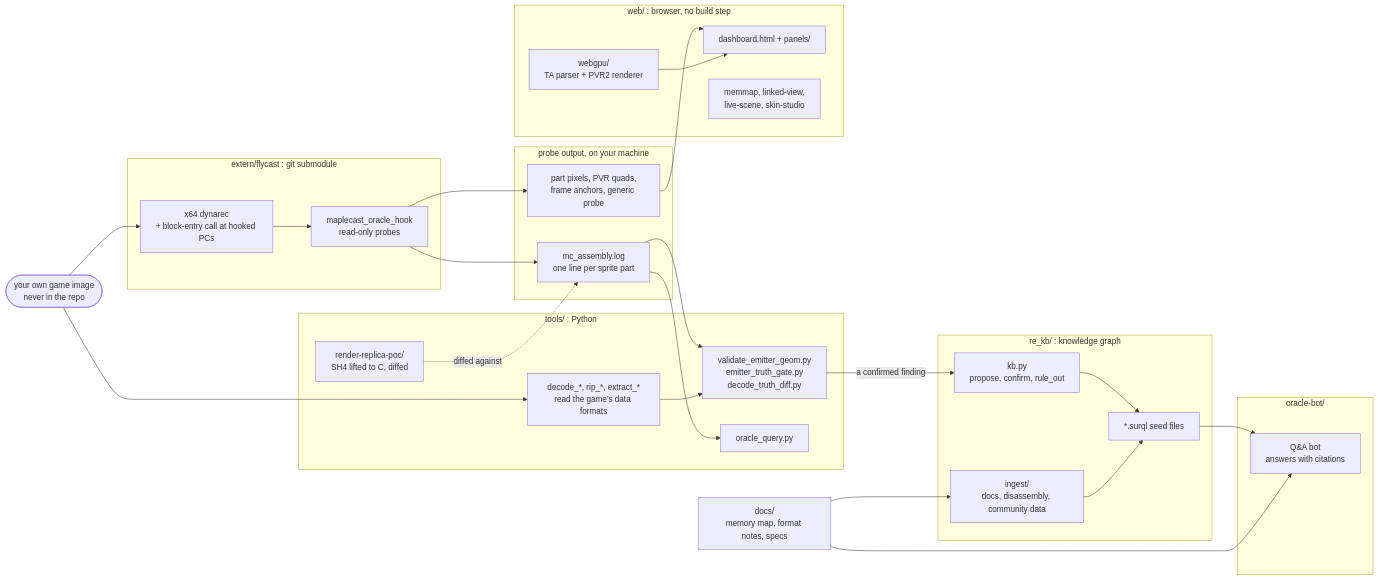
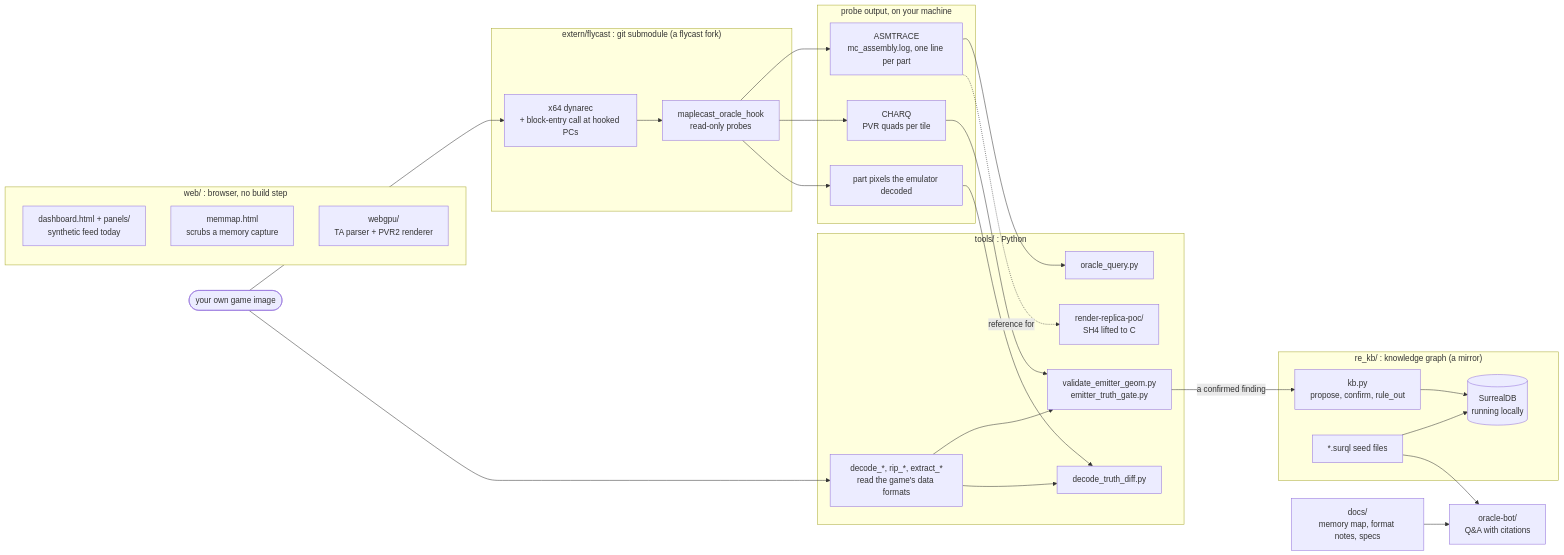
Before and after one commit to t3chnicallyinclined/mvc2-oracle: the first of 2 diagrams in docs/FLOORPLAN.md, drawn with Mermaid. The commit also changed other lines of this file, not shown here.

First line of the commit message:
docs(floorplan): correct against the code after expert review

````diff
--- a/docs/FLOORPLAN.md
+++ b/docs/FLOORPLAN.md
@@ -20,57 +24,55 @@
 ```mermaid
 flowchart LR
-  rom(["your own game image<br/>never in the repo"])
+  rom(["your own game image"])
 
-  subgraph EMU["extern/flycast : git submodule"]
+  subgraph EMU["extern/flycast : git submodule (a flycast fork)"]
     jit["x64 dynarec<br/>+ block-entry call at hooked PCs"]
     hook["maplecast_oracle_hook<br/>read-only probes"]
   end
 
   subgraph OUT["probe output, on your machine"]
-    asm["mc_assembly.log<br/>one line per sprite part"]
-    other["part pixels, PVR quads,<br/>frame anchors, generic probe"]
+    asm["ASMTRACE<br/>mc_assembly.log, one line per part"]
+    quads["CHARQ<br/>PVR quads per tile"]
+    pix["part pixels the emulator decoded"]
   end
 
   subgraph TOOLS["tools/ : Python"]
     decode["decode_*, rip_*, extract_*<br/>read the game's data formats"]
-    check["validate_emitter_geom.py<br/>emitter_truth_gate.py<br/>decode_truth_diff.py"]
-    lift["render-replica-poc/<br/>SH4 lifted to C, diffed"]
+    geom["validate_emitter_geom.py<br/>emitter_truth_gate.py"]
+    dtd["decode_truth_diff.py"]
+    lift["render-replica-poc/<br/>SH4 lifted to C"]
     q["oracle_query.py"]
   end
 
-  subgraph KB["re_kb/ : knowledge graph"]
+  subgraph KB["re_kb/ : knowledge graph (a mirror)"]
+    kbpy["kb.py<br/>propose, confirm, rule_out"]
+    db[("SurrealDB<br/>running locally")]
     seeds["*.surql seed files"]
-    kbpy["kb.py<br/>propose, confirm, rule_out"]
-    ingest["ingest/<br/>docs, disassembly, community data"]
   end
 
   subgraph WEB["web/ : browser, no build step"]
-    dash["dashboard.html + panels/"]
+    dash["dashboard.html + panels/<br/>synthetic feed today"]
+    mm["memmap.html<br/>scrubs a memory capture"]
     gpu["webgpu/<br/>TA parser + PVR2 renderer"]
-    pages["memmap, linked-view,<br/>live-scene, skin-studio"]
   end
 
-  subgraph BOT["oracle-bot/"]
-    bot["Q&A bot<br/>answers with citations"]
-  end
-
+  bot["oracle-bot/<br/>Q&A with citations"]
   docs["docs/<br/>memory map, format notes, specs"]
 
-  rom --> jit
-  jit --> hook
+  rom --> jit --> hook
   hook --> asm
-  hook --> other
+  hook --> quads
+  hook --> pix
   rom --> decode
-  asm --> check
-  decode --> check
   asm --> q
-  check -->|a confirmed finding| kbpy
-  kbpy --> seeds
-  ingest --> seeds
-  docs --> ingest
-  other --> dash
-  gpu --> dash
+  quads --> geom
+  decode --> geom
+  pix --> dtd
+  decode --> dtd
+  asm -.->|reference for| lift
+  geom -->|a confirmed finding| kbpy
+  kbpy --> db
+  seeds --> db
   seeds --> bot
   docs --> bot
-  lift -.->|diffed against| asm
 ```
````
